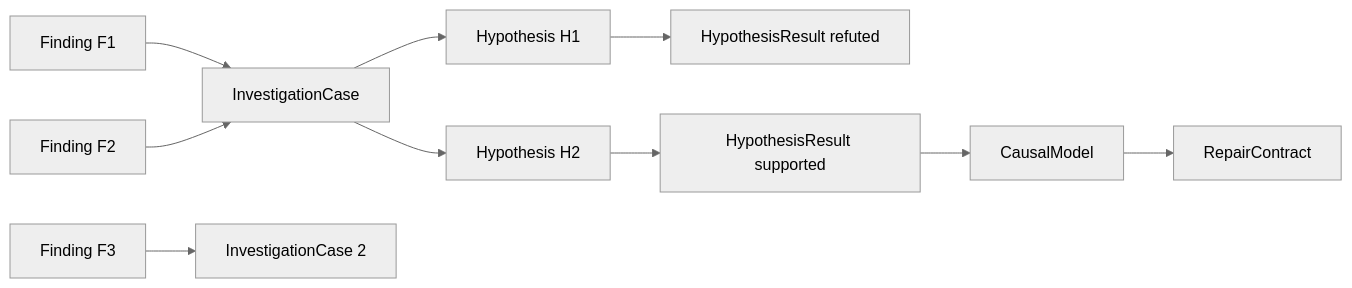
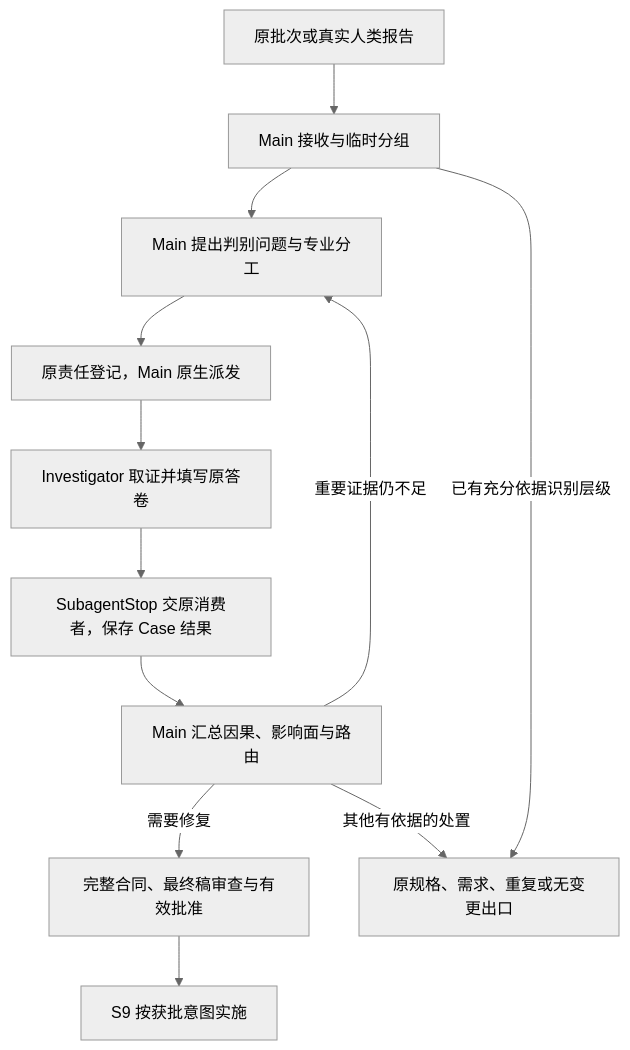
The diagram in blueprint/l3-stages/L3-S8-finding-investigation.md (Sebs-Lee/go-system-builder), drawn with Mermaid (neutral theme) before and after one commit. The commit also changed other lines of this file and 468 other files, not shown here.

````diff
--- a/blueprint/l3-stages/L3-S8-finding-investigation.md
+++ b/blueprint/l3-stages/L3-S8-finding-investigation.md
@@ -280,12 +182,14 @@
 ```mermaid
-flowchart LR
-    F1["Finding F1"] --> IC["InvestigationCase"]
-    F2["Finding F2"] --> IC
-    F3["Finding F3"] --> IC2["InvestigationCase 2"]
-    IC --> H1["Hypothesis H1"]
-    IC --> H2["Hypothesis H2"]
-    H1 --> HR1["HypothesisResult refuted"]
-    H2 --> HR2["HypothesisResult supported"]
-    HR2 --> CM["CausalModel"]
-    CM --> RC["RepairContract"]
+flowchart TD
+    SOURCE["原批次或真实人类报告"] --> INTAKE["Main 接收与临时分组"]
+    INTAKE --> QUESTION["Main 提出判别问题与专业分工"]
+    QUESTION --> DISPATCH["原责任登记，Main 原生派发"]
+    DISPATCH --> WORK["Investigator 取证并填写原答卷"]
+    WORK --> RECEIVE["SubagentStop 交原消费者，保存 Case 结果"]
+    RECEIVE --> CAUSE["Main 汇总因果、影响面与路由"]
+    CAUSE -->|"重要证据仍不足"| QUESTION
+    CAUSE -->|"需要修复"| CONTRACT["完整合同、最终稿审查与有效批准"]
+    CONTRACT --> S9["S9 按获批意图实施"]
+    INTAKE -->|"已有充分依据识别层级"| ROUTE["原规格、需求、重复或无变更出口"]
+    CAUSE -->|"其他有依据的处置"| ROUTE
 ```
````
